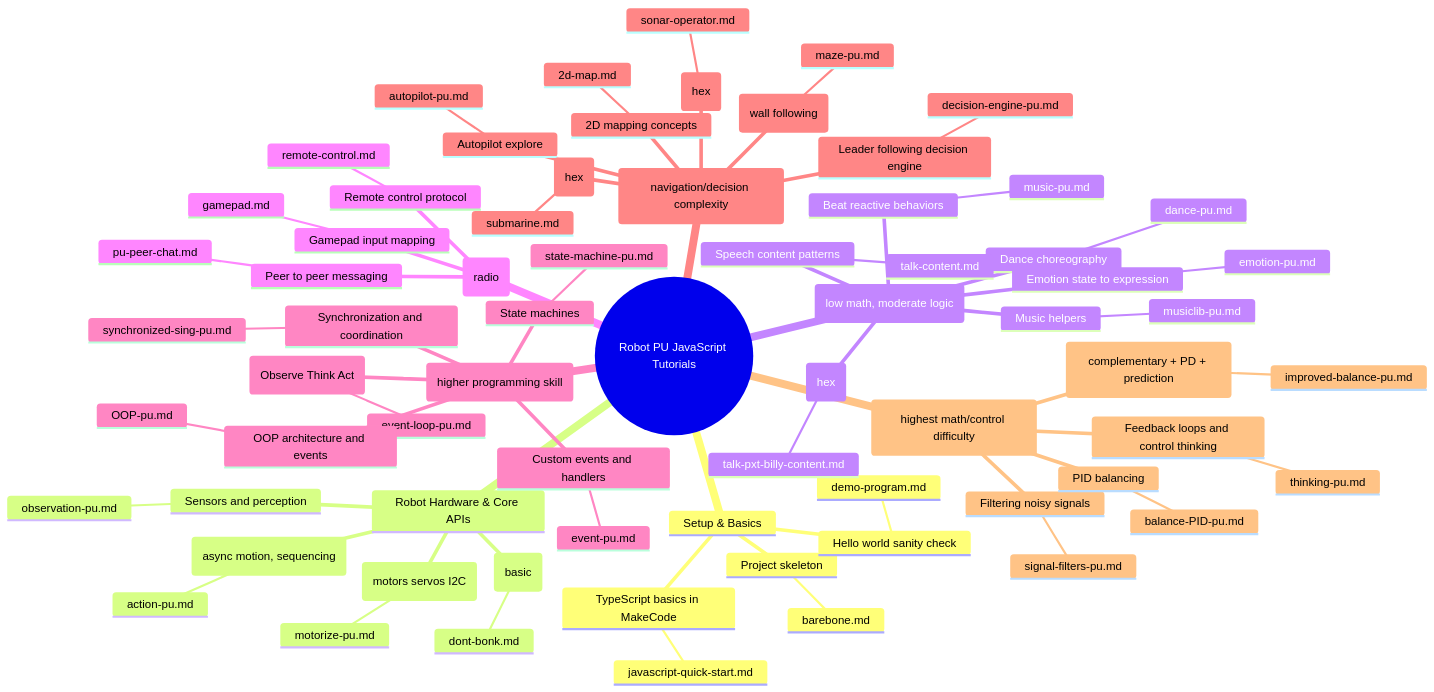
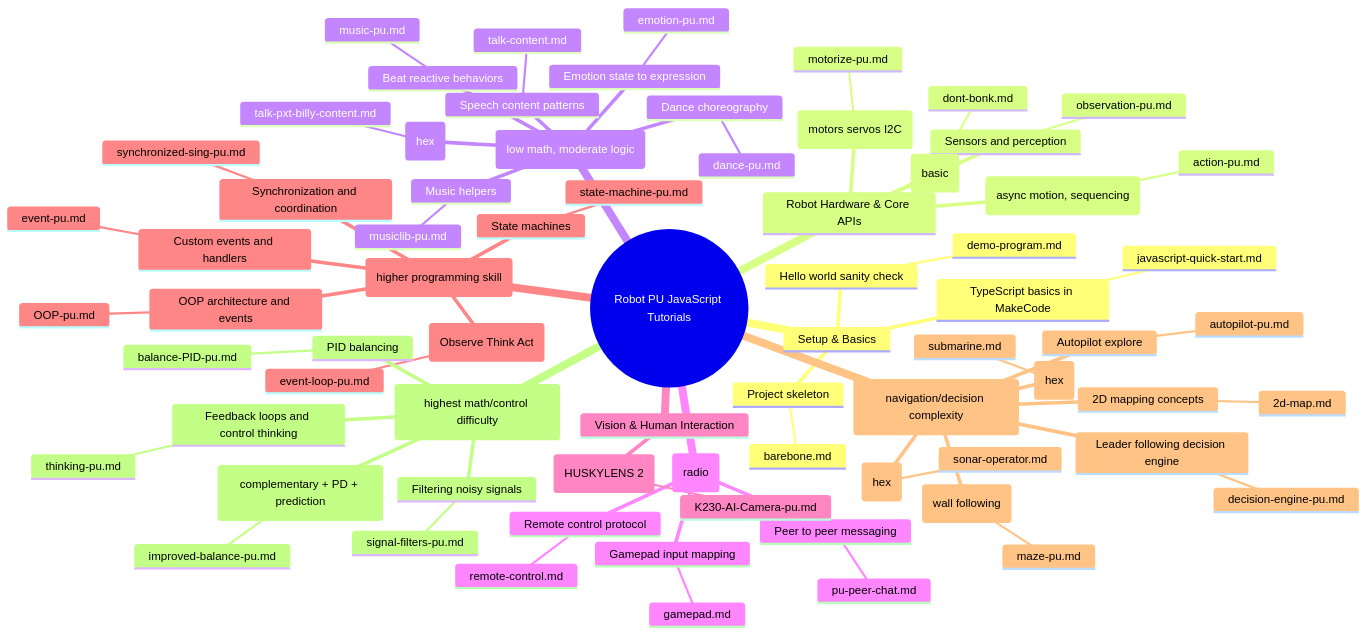
The first of 2 diagrams in tutorials/JavaScripts/README.md (robotgyms/pxt-robotpu), drawn with Mermaid before and after one commit. The commit also changed other lines of this file and 1 other file, not shown here.

Commit message:
add huskylens

````diff
--- a/tutorials/JavaScripts/README.md
+++ b/tutorials/JavaScripts/README.md
@@ -21,73 +21,76 @@
 ```mermaid
 mindmap
   root((Robot PU JavaScript Tutorials))
     Setup & Basics
       Project skeleton
         barebone.md
       Hello world sanity check
         demo-program.md
       TypeScript basics in MakeCode
         javascript-quick-start.md
     Robot Hardware & Core APIs
       How PU moves (motors servos I2C)
         motorize-pu.md
       Action APIs (async motion, sequencing)
         action-pu.md
       Sensors and perception
         observation-pu.md
       Obstacle avoidance (basic)
         dont-bonk.md
     Music and Expression (low math, moderate logic)
       Beat reactive behaviors
         music-pu.md
       Music helpers
         musiclib-pu.md
       Dance choreography
         dance-pu.md
       Emotion state to expression
         emotion-pu.md
       Speech content patterns
         talk-content.md
       Speech content example (hex)
         talk-pxt-billy-content.md
     Communication & Control (radio)
       Remote control protocol
         remote-control.md
       Gamepad input mapping
         gamepad.md
       Peer to peer messaging
         pu-peer-chat.md
+    Vision & Human Interaction
+      K230 AI Camera (HUSKYLENS 2)
+        K230-AI-Camera-pu.md
     Programming Structure (higher programming skill)
       Event loop (Observe Think Act)
         event-loop-pu.md
       Custom events and handlers
         event-pu.md
       State machines
         state-machine-pu.md
       OOP architecture and events
         OOP-pu.md
       Synchronization and coordination
         synchronized-sing-pu.md
     Algorithms (navigation/decision complexity)
       Maze solving (wall following)
         maze-pu.md
       Autopilot explore
         autopilot-pu.md
       Leader following decision engine
         decision-engine-pu.md
       Operator style sonar project (hex)
         sonar-operator.md
       Full project submarine sonar (hex)
         submarine.md
       2D mapping concepts
         2d-map.md
     Control & Math (highest math/control difficulty)
       Feedback loops and control thinking
         thinking-pu.md
       Filtering noisy signals
         signal-filters-pu.md
       PID balancing
         balance-PID-pu.md
       Advanced balance (complementary + PD + prediction)
         improved-balance-pu.md
 ```
````
